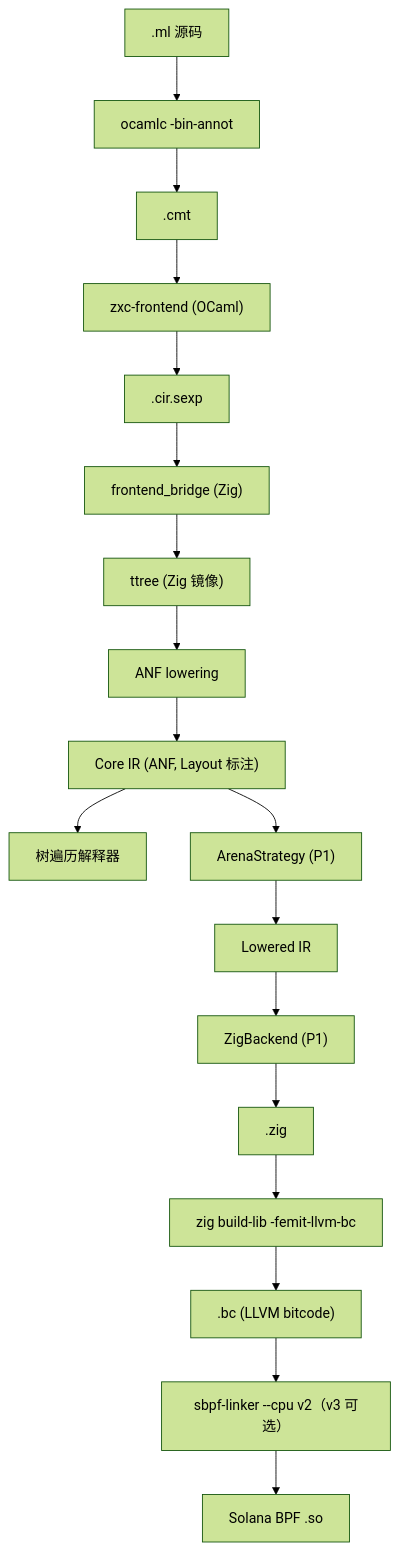
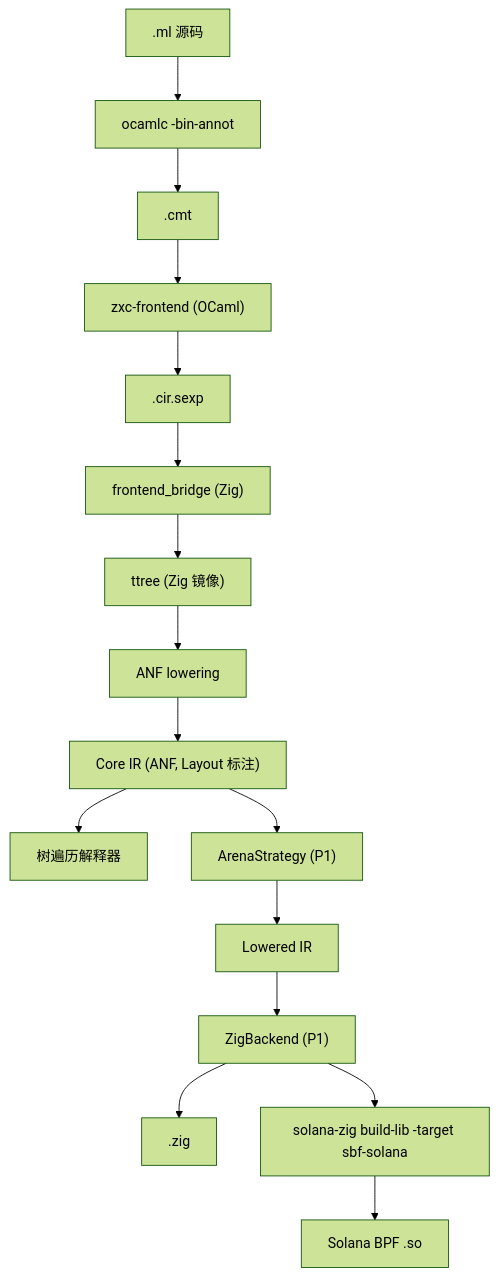
The diagram in docs/zh/01-architecture.md (DaviRain-Su/zxcaml), drawn with Mermaid (forest theme) before and after one commit. The commit also changed other lines of this file and 18 other files, not shown here.

Commit message:
Align SOLANA_ZIG path policy to direct solana-zig only

````diff
--- a/docs/zh/01-architecture.md
+++ b/docs/zh/01-architecture.md
@@ -139,25 +136,24 @@
 ```mermaid
 flowchart TD
     SRC[".ml 源码"]
     OCAMLC["ocamlc -bin-annot"]
     CMT[".cmt"]
     XFE["zxc-frontend (OCaml)"]
     SEXP[".cir.sexp"]
     BRIDGE["frontend_bridge (Zig)"]
     TT["ttree (Zig 镜像)"]
     ANF["ANF lowering"]
     CIR["Core IR (ANF, Layout 标注)"]
     INTERP["树遍历解释器"]
     LSTRAT["ArenaStrategy (P1)"]
     LIR["Lowered IR"]
     BE["ZigBackend (P1)"]
     ZSRC[".zig"]
-    ZTOOL["zig build-lib -femit-llvm-bc"]
-    BC[".bc (LLVM bitcode)"]
-    LINK["sbpf-linker --cpu v2（v3 可选）"]
+    DIRECT["solana-zig build-lib -target sbf-solana"]
     BPF["Solana BPF .so"]
 
     SRC --> OCAMLC --> CMT --> XFE --> SEXP --> BRIDGE --> TT --> ANF --> CIR
     CIR --> INTERP
-    CIR --> LSTRAT --> LIR --> BE --> ZSRC --> ZTOOL --> BC --> LINK --> BPF
+    CIR --> LSTRAT --> LIR --> BE --> ZSRC
+    BE --> DIRECT --> BPF
 ```
````
